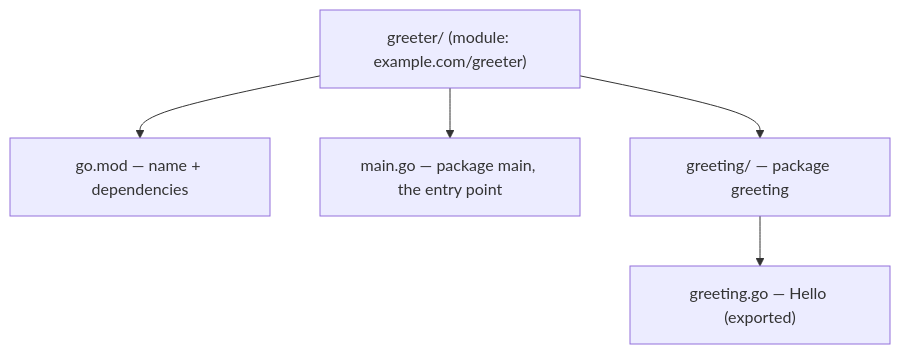
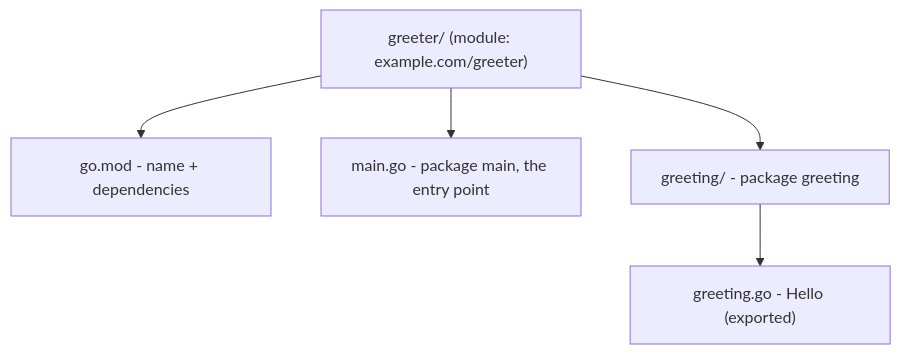
The diagram in guides/programming-languages/go-from-zero/05-modules-and-project-layout.md (Topurrra/themissingmanual), drawn with Mermaid before and after one commit. The commit also changed other lines of this file and 1072 other files, not shown here.

````diff
--- a/guides/programming-languages/go-from-zero/05-modules-and-project-layout.md
+++ b/guides/programming-languages/go-from-zero/05-modules-and-project-layout.md
@@ -149,8 +149,8 @@
 ```mermaid
 flowchart TD
   Mod["greeter/ (module: example.com/greeter)"]
-  Mod --> GoMod["go.mod — name + dependencies"]
-  Mod --> Main["main.go — package main, the entry point"]
-  Mod --> Pkg["greeting/ — package greeting"]
-  Pkg --> PkgFile["greeting.go — Hello (exported)"]
+  Mod --> GoMod["go.mod - name + dependencies"]
+  Mod --> Main["main.go - package main, the entry point"]
+  Mod --> Pkg["greeting/ - package greeting"]
+  Pkg --> PkgFile["greeting.go - Hello (exported)"]
 ```
````
